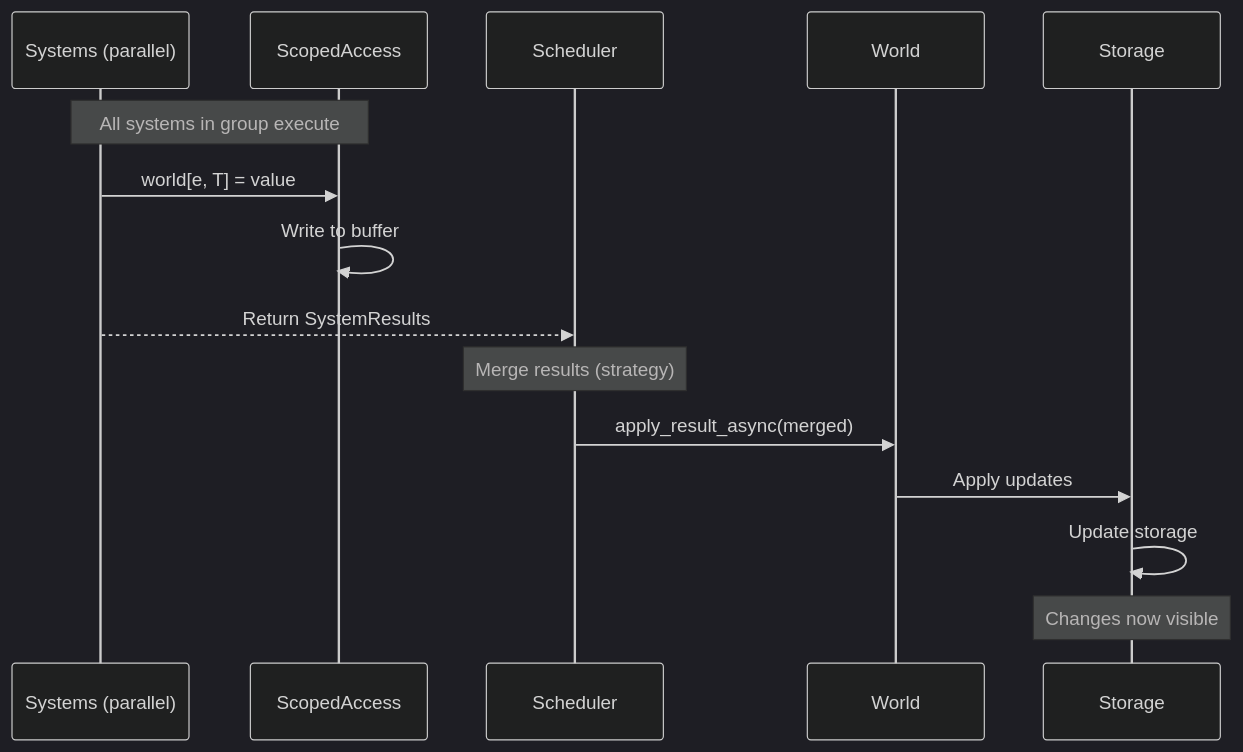
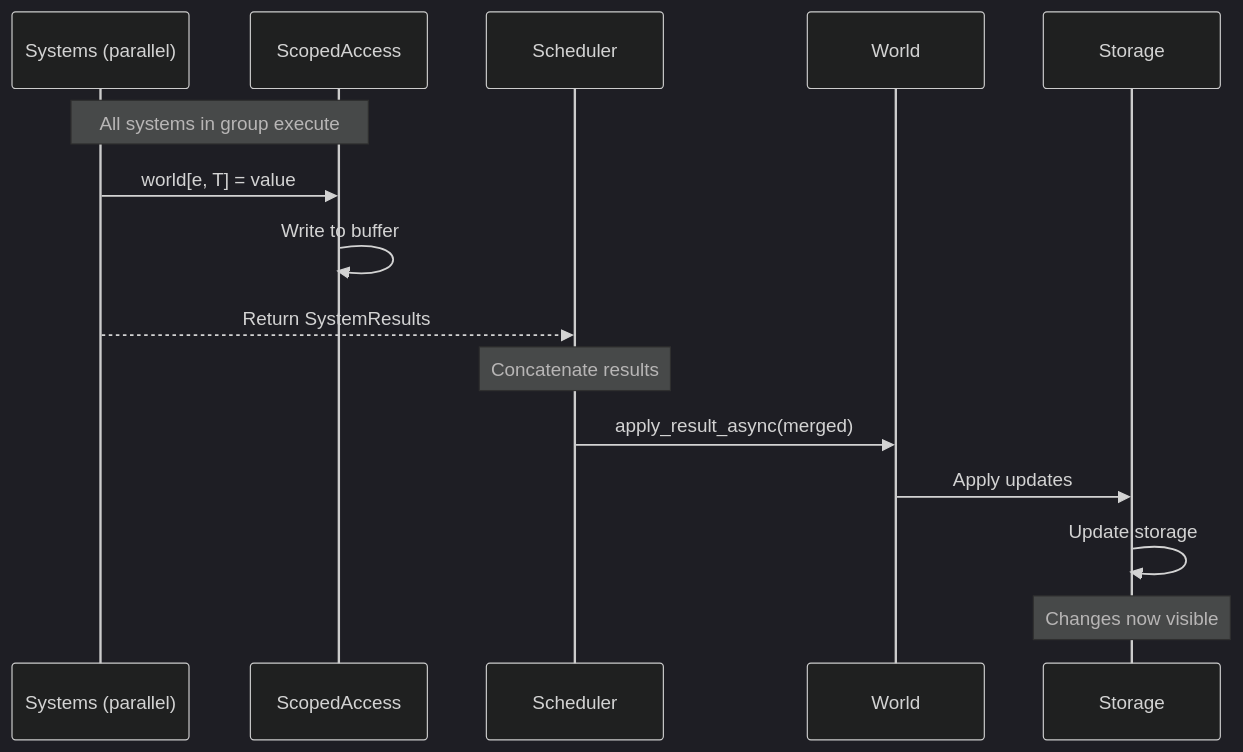
Before and after one commit to extensivelabs/agentecs: the fifth of 5 diagrams in docs/system/world_management.md, drawn with Mermaid (dark theme). The commit also changed other lines of this file and 26 other files, not shown here.

````diff
--- a/docs/system/world_management.md
+++ b/docs/system/world_management.md
@@ -647,19 +589,19 @@
 ```mermaid
 sequenceDiagram
     participant Sys as Systems (parallel)
     participant SA as ScopedAccess
     participant Sched as Scheduler
     participant W as World
     participant S as Storage
 
     Note over Sys,SA: All systems in group execute
     Sys->>SA: world[e, T] = value
     SA->>SA: Write to buffer
     Sys-->>Sched: Return SystemResults
 
-    Note over Sched: Merge results (strategy)
+    Note over Sched: Concatenate results
     Sched->>W: apply_result_async(merged)
     W->>S: Apply updates
     S->>S: Update storage
     Note over S: Changes now visible
 ```
````
